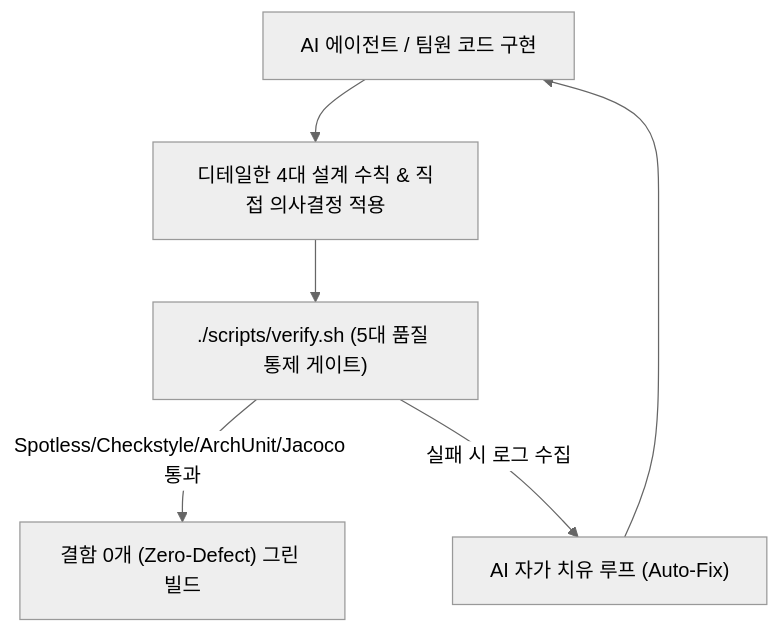
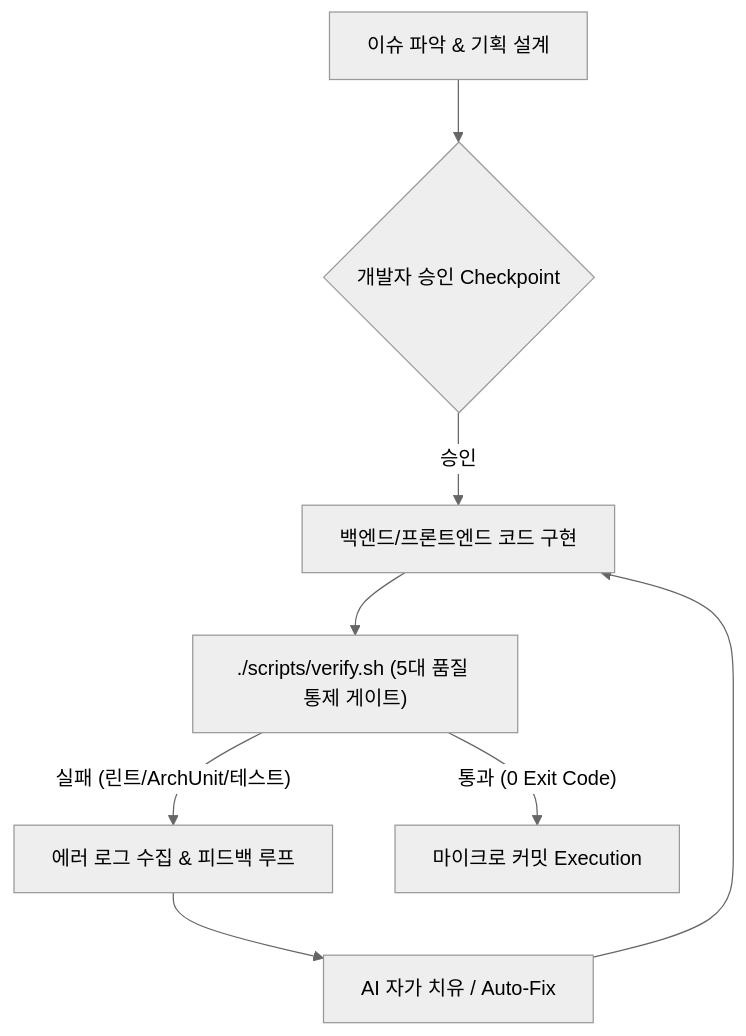
One commit to ShinhanDSProject/shinhan-delivery changed the diagram in docs/presentation/AI-페어-프로그래밍-발표-시나리오-가이드.md. Above: the diagram before and after it, drawn with Mermaid (neutral theme). The commit also changed other lines of this file, not shown here.

Commit message:
docs(presentation): 설계부터 구현까지 단일 파이프라인 엔드투엔드 개발 플로우 및 자가 치유 피드백 루프 반영 (#352)

````diff
--- a/docs/presentation/AI-페어-프로그래밍-발표-시나리오-가이드.md
+++ b/docs/presentation/AI-페어-프로그래밍-발표-시나리오-가이드.md
@@ -65,8 +67,10 @@
 ```mermaid
 flowchart TD
-    AI[AI 에이전트 / 팀원 코드 구현] --> Dev[디테일한 4대 설계 수칙 & 직접 의사결정 적용]
-    Dev --> Gate["./scripts/verify.sh (5대 품질 통제 게이트)"]
-    Gate -- "Spotless/Checkstyle/ArchUnit/Jacoco 통과" --> Pass["결함 0개 (Zero-Defect) 그린 빌드"]
-    Gate -- "실패 시 로그 수집" --> AutoFix["AI 자가 치유 루프 (Auto-Fix)"]
-    AutoFix --> AI
+    Req[이슈 파악 & 기획 설계] --> Approve{개발자 승인 Checkpoint}
+    Approve -- 승인 --> CodeImpl[백엔드/프론트엔드 코드 구현]
+    CodeImpl --> Harness["./scripts/verify.sh (5대 품질 통제 게이트)"]
+    Harness -- "실패 (린트/ArchUnit/테스트)" --> Feedback[에러 로그 수집 & 피드백 루프]
+    Feedback --> AutoFix[AI 자가 치유 / Auto-Fix]
+    AutoFix --> CodeImpl
+    Harness -- "통과 (0 Exit Code)" --> MicroCommit[마이크로 커밋 Execution]
 ```
````
